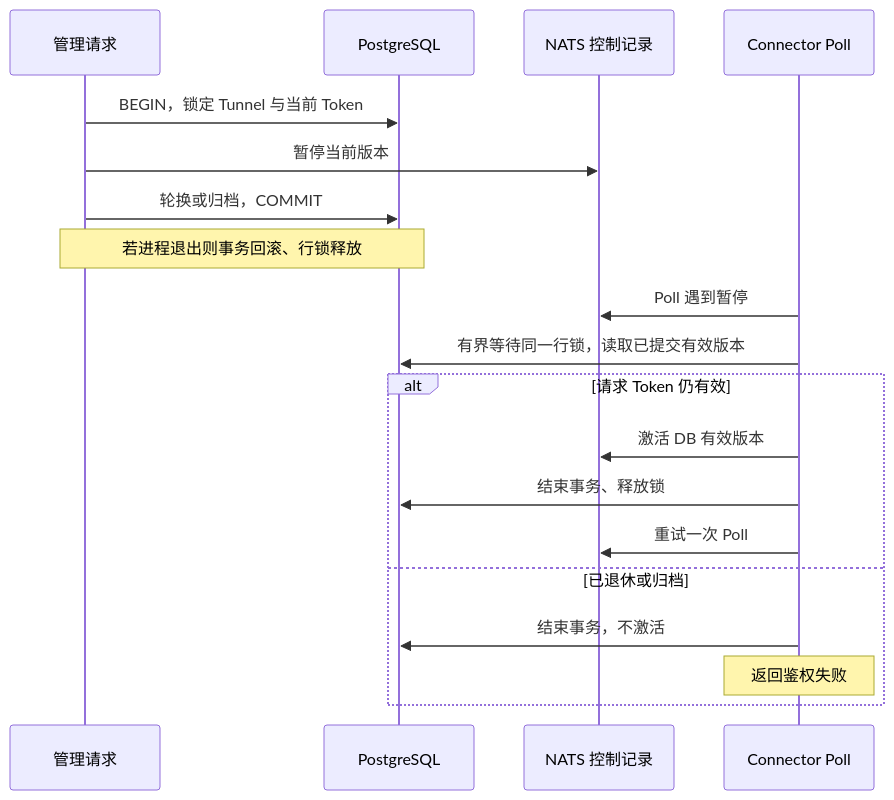
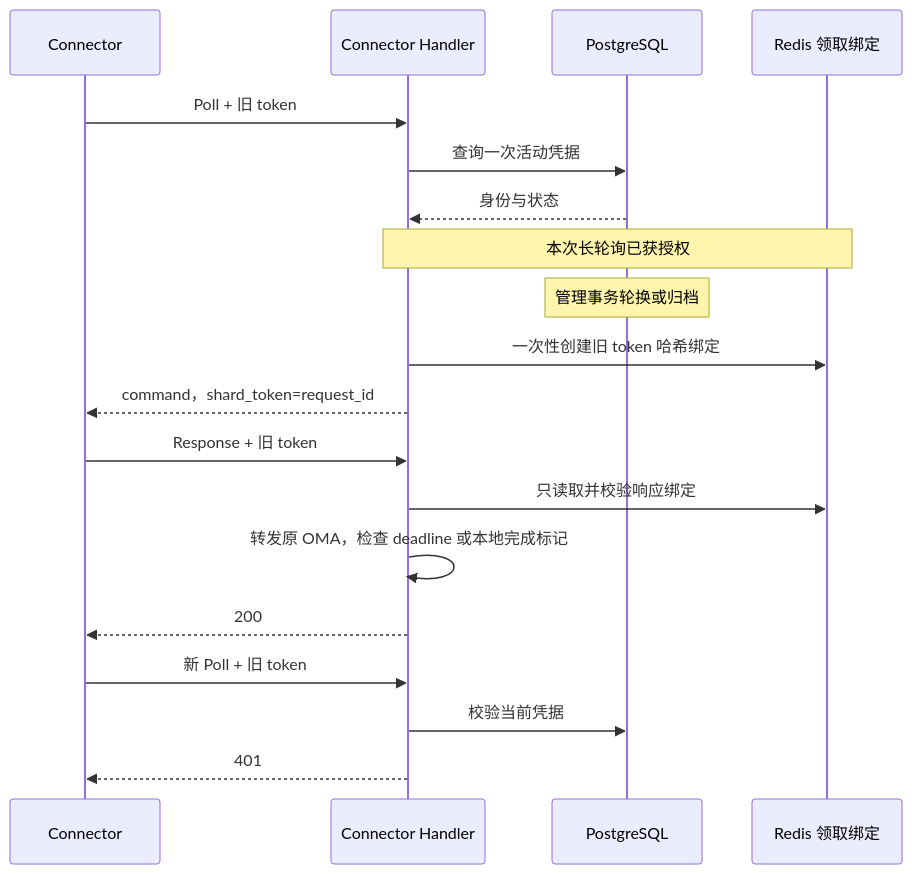
The fifth of 5 diagrams in docs/design/be/mcp-tunnels.md (superduck-ai/open-managed-agents), drawn with Mermaid before and after one commit. The commit also changed other lines of this file and 77 other files, not shown here.

First line of the commit message:
[modify] simplify MCP tunnel delivery and use Redis claim bindings (#392)

````diff
--- a/docs/design/be/mcp-tunnels.md
+++ b/docs/design/be/mcp-tunnels.md
@@ -248,21 +315,21 @@
 ```mermaid
 sequenceDiagram
-    participant M as 管理请求
+    participant C as Connector
+    participant H as Connector Handler
     participant DB as PostgreSQL
-    participant N as NATS 控制记录
-    participant P as Connector Poll
-    M->>DB: BEGIN，锁定 Tunnel 与当前 Token
-    M->>N: 暂停当前版本
-    M->>DB: 轮换或归档，COMMIT
-    Note over M,DB: 若进程退出则事务回滚、行锁释放
-    P->>N: Poll 遇到暂停
-    P->>DB: 有界等待同一行锁，读取已提交有效版本
-    alt 请求 Token 仍有效
-        P->>N: 激活 DB 有效版本
-        P->>DB: 结束事务、释放锁
-        P->>N: 重试一次 Poll
-    else 已退休或归档
-        P->>DB: 结束事务，不激活
-        Note over P: 返回鉴权失败
-    end
+    participant N as Redis 领取绑定
+    C->>H: Poll + 旧 token
+    H->>DB: 查询一次活动凭据
+    DB-->>H: 身份与状态
+    Note over H,N: 本次长轮询已获授权
+    Note over DB: 管理事务轮换或归档
+    H->>N: 一次性创建旧 token 哈希绑定
+    H-->>C: command，shard_token=request_id
+    C->>H: Response + 旧 token
+    H->>N: 只读取并校验响应绑定
+    H->>H: 转发原 OMA，检查 deadline 或本地完成标记
+    H-->>C: 200
+    C->>H: 新 Poll + 旧 token
+    H->>DB: 校验当前凭据
+    H-->>C: 401
 ```
````
